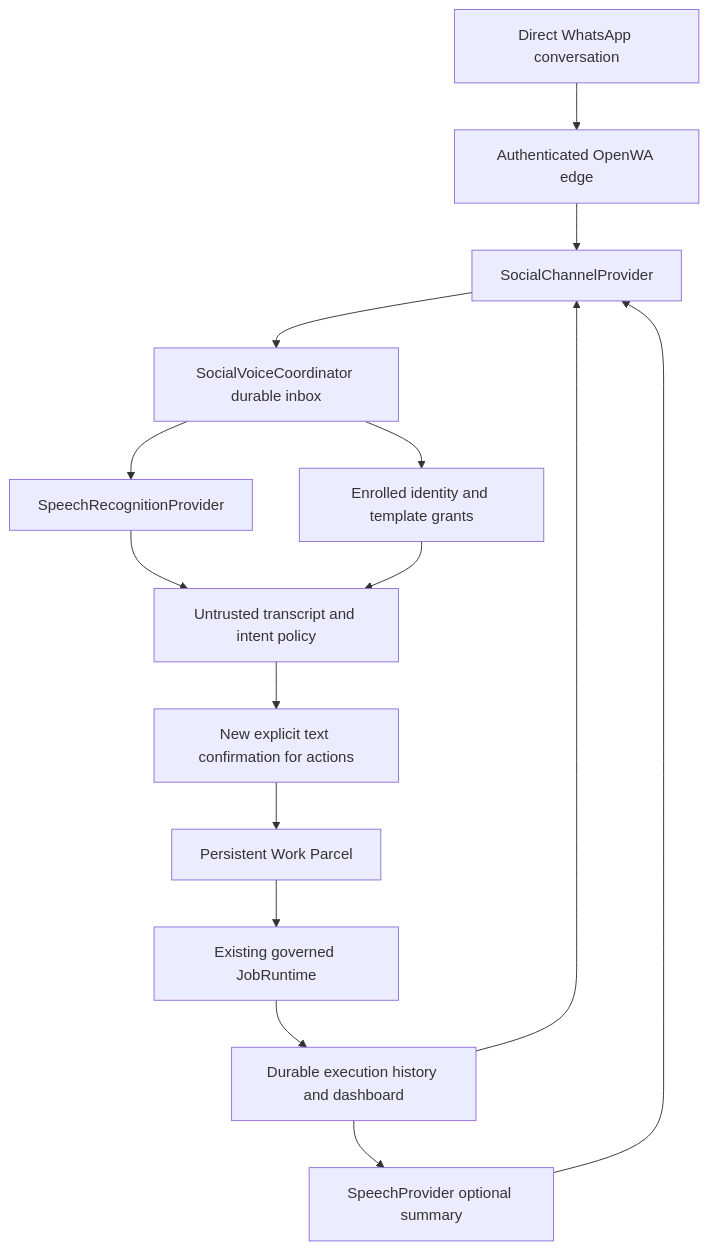
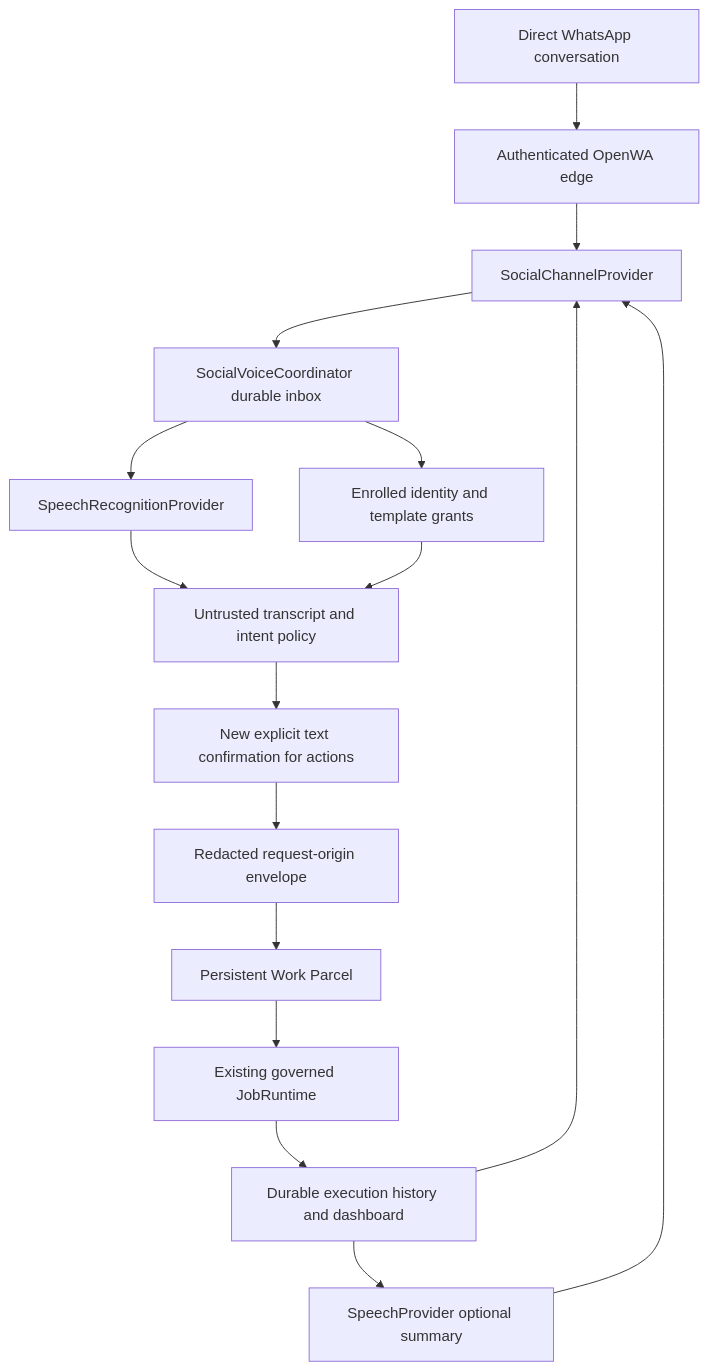
One commit to lozknowles/agent-control changed the diagram in docs/social-voice/README.md. Above: the diagram before and after it, drawn with Mermaid. The commit also changed other lines of this file and 42 other files, not shown here.

````diff
--- a/docs/social-voice/README.md
+++ b/docs/social-voice/README.md
@@ -7,17 +7,18 @@
 ```mermaid
 flowchart TD
     WA[Direct WhatsApp conversation] --> OA[Authenticated OpenWA edge]
     OA --> S[SocialChannelProvider]
     S --> C[SocialVoiceCoordinator durable inbox]
     C --> I[Enrolled identity and template grants]
     C --> R[SpeechRecognitionProvider]
     R --> P[Untrusted transcript and intent policy]
     I --> P
     P --> T[New explicit text confirmation for actions]
-    T --> W[Persistent Work Parcel]
+    T --> O[Redacted request-origin envelope]
+    O --> W[Persistent Work Parcel]
     W --> J[Existing governed JobRuntime]
     J --> H[Durable execution history and dashboard]
     H --> S
     H --> V[SpeechProvider optional summary]
     V --> S
 ```
````
